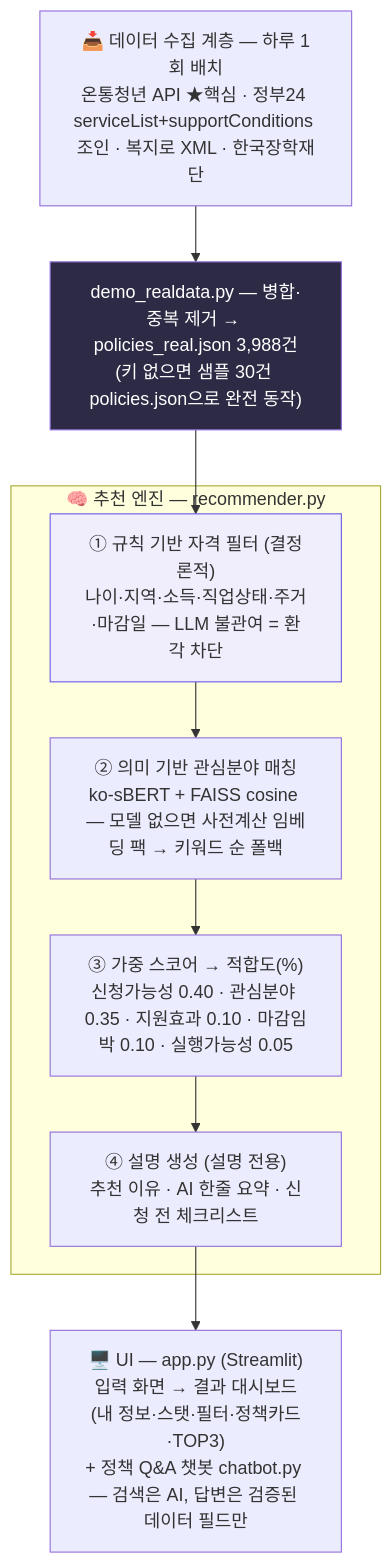
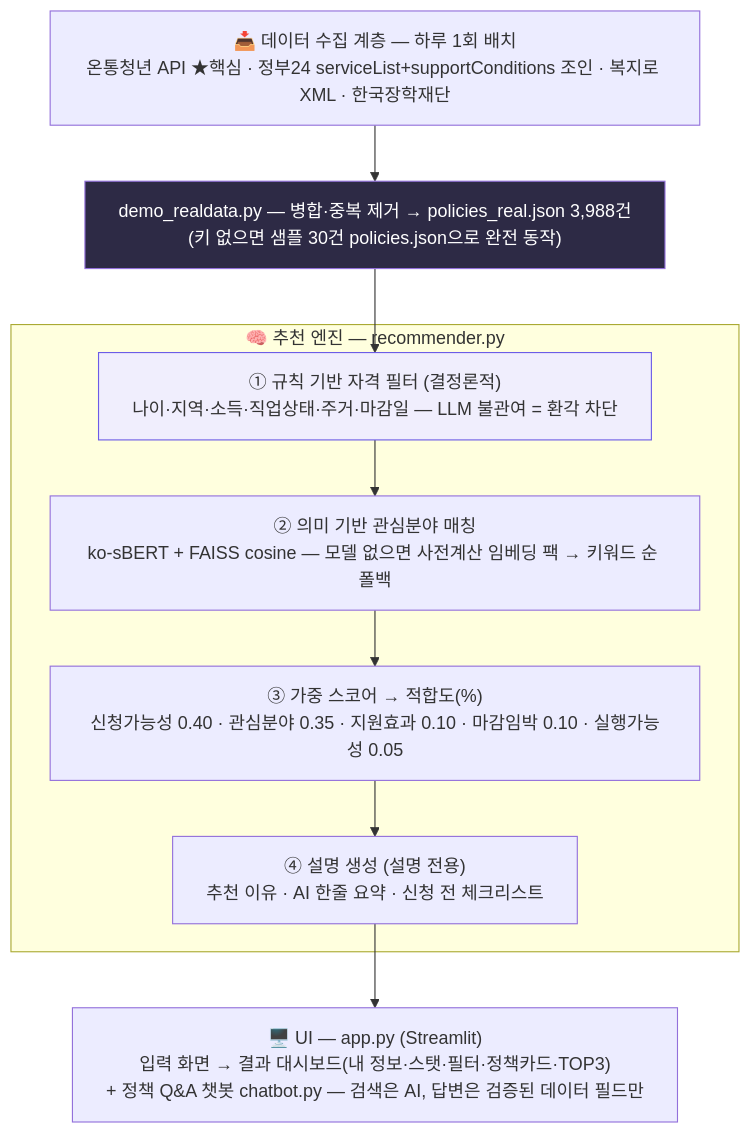
One commit to Ace0910-code/youth-policy-finder changed the diagram in README.md. Above: the diagram before and after it, drawn with Mermaid.

Commit message:
README mermaid: wrappingWidth 지정으로 박스 폭 확대

````diff
--- a/README.md
+++ b/README.md
@@ -16,16 +16,17 @@
 ```mermaid
+%%{init: {"flowchart": {"wrappingWidth": 520}}}%%
 flowchart TB
     A["📥 데이터 수집 계층 — 하루 1회 배치<br/>온통청년 API ★핵심 · 정부24 serviceList+supportConditions 조인 · 복지로 XML · 한국장학재단"]
     A --> M["demo_realdata.py — 병합·중복 제거 → policies_real.json 3,988건<br/>(키 없으면 샘플 30건 policies.json으로 완전 동작)"]
     M --> B1
     subgraph E["🧠 추천 엔진 — recommender.py"]
         B1["① 규칙 기반 자격 필터 (결정론적)<br/>나이·지역·소득·직업상태·주거·마감일 — LLM 불관여 = 환각 차단"]
         B1 --> B2["② 의미 기반 관심분야 매칭<br/>ko-sBERT + FAISS cosine — 모델 없으면 사전계산 임베딩 팩 → 키워드 순 폴백"]
         B2 --> B3["③ 가중 스코어 → 적합도(%)<br/>신청가능성 0.40 · 관심분야 0.35 · 지원효과 0.10 · 마감임박 0.10 · 실행가능성 0.05"]
         B3 --> B4["④ 설명 생성 (설명 전용)<br/>추천 이유 · AI 한줄 요약 · 신청 전 체크리스트"]
     end
     B4 --> U["🖥️ UI — app.py (Streamlit)<br/>입력 화면 → 결과 대시보드(내 정보·스탯·필터·정책카드·TOP3)<br/>+ 정책 Q&A 챗봇 chatbot.py — 검색은 AI, 답변은 검증된 데이터 필드만"]
 
     style B1 fill:#F0EEFD,stroke:#6C5CE7
     style M fill:#2D2A45,color:#fff
 ```
````
